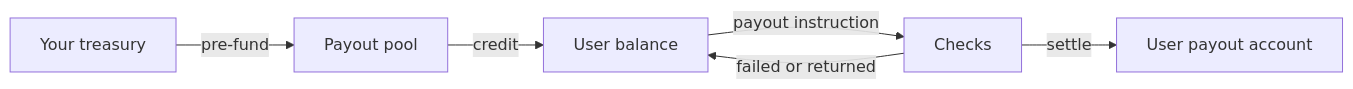
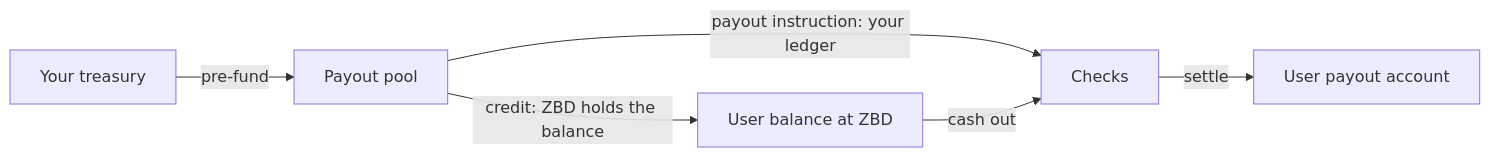
One commit to zbdpay/zbd-docs changed the diagram in embedded-payouts/how-payouts-work.mdx. Above: the diagram before and after it, drawn with Mermaid. The commit also changed other lines of this file and 72 other files, not shown here.

````diff
--- a/embedded-payouts/how-payouts-work.mdx
+++ b/embedded-payouts/how-payouts-work.mdx
@@ -19,8 +19,8 @@
 ```mermaid
 flowchart LR
   A[Your treasury] -->|pre-fund| B[Payout pool]
-  B -->|credit| C[User balance]
-  C -->|payout instruction| D[Checks]
+  B -->|payout instruction: your ledger| D[Checks]
+  B -->|credit: ZBD holds the balance| C[User balance at ZBD]
+  C -->|cash out| D
   D -->|settle| E[User payout account]
-  D -->|failed or returned| C
 ```
````
